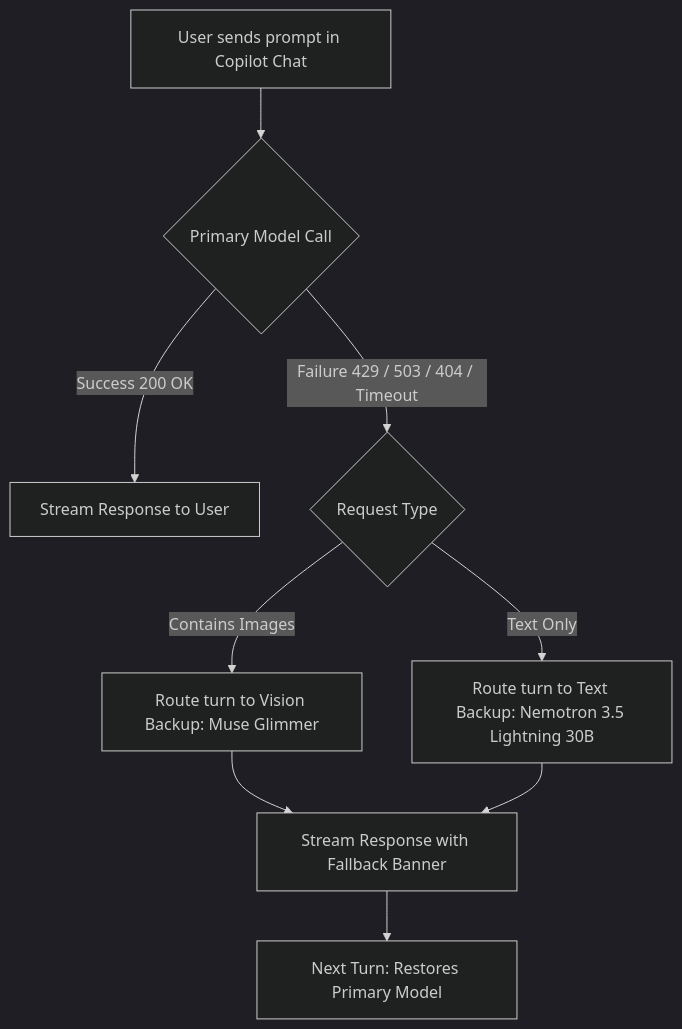
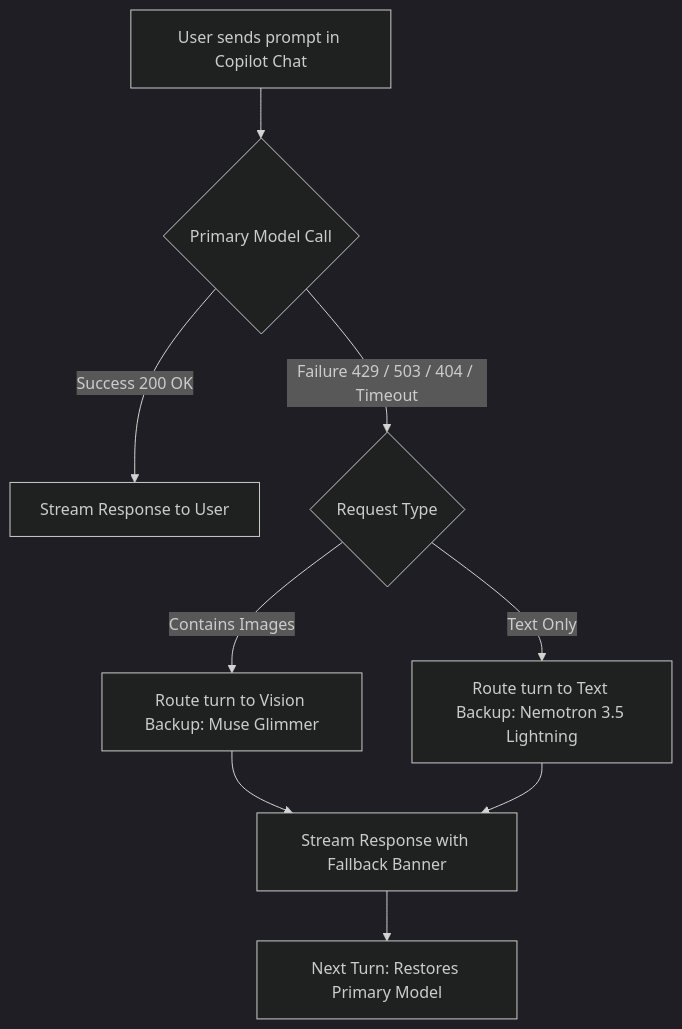
The diagram in docs/failover.md (BaUka0/nvidia-nim-provider), drawn with Mermaid (dark theme) before and after one commit. The commit also changed other lines of this file and 14 other files, not shown here.

````diff
--- a/docs/failover.md
+++ b/docs/failover.md
@@ -16,11 +16,11 @@
 ```mermaid
 flowchart TD
     A[User sends prompt in Copilot Chat] --> B{Primary Model Call}
     B -- Success 200 OK --> C[Stream Response to User]
     B -- Failure 429 / 503 / 404 / Timeout --> D{Request Type}
     D -- Contains Images --> E[Route turn to Vision Backup: Muse Glimmer]
-    D -- Text Only --> F[Route turn to Text Backup: Nemotron 3.5 Lightning 30B]
+    D -- Text Only --> F[Route turn to Text Backup: Nemotron 3.5 Lightning]
     E --> G[Stream Response with Fallback Banner]
     F --> G
     G --> H[Next Turn: Restores Primary Model]
 ```
````
